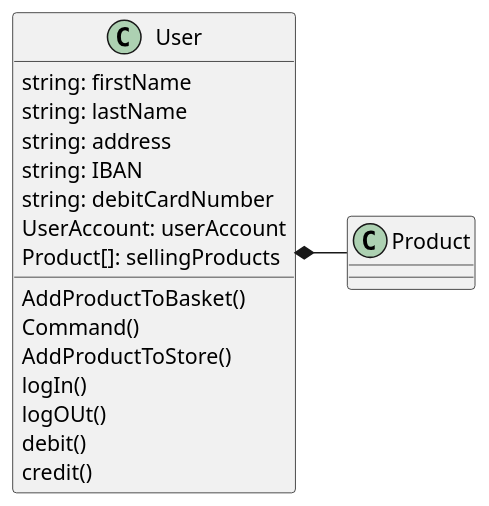
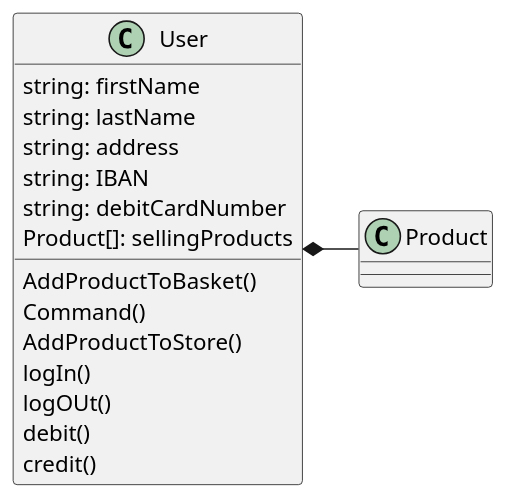
Before and after one commit to thomasGuibert/Cours-Design: the diagram in S4/assets/plantuml/exercice-srp.plantuml, drawn with PlantUML. The commit also changed 25 other files, not shown here.

```diff
--- a/S4/assets/plantuml/exercice-srp.plantuml
+++ b/S4/assets/plantuml/exercice-srp.plantuml
@@ -1,28 +1,23 @@
 @startuml exercice-srp
 scale 400*400
 hide footbox
 
 class User{
     string: firstName
     string: lastName
     string: address
     string: IBAN
     string: debitCardNumber
-    UserAccount: userAccount
     Product[]: sellingProducts
     AddProductToBasket()
     Command()
     AddProductToStore()
     logIn()
     logOUt()
     debit()
     credit()
 }
 
-class Product {
-
-}
-
 User *- Product
 
 @enduml
```
